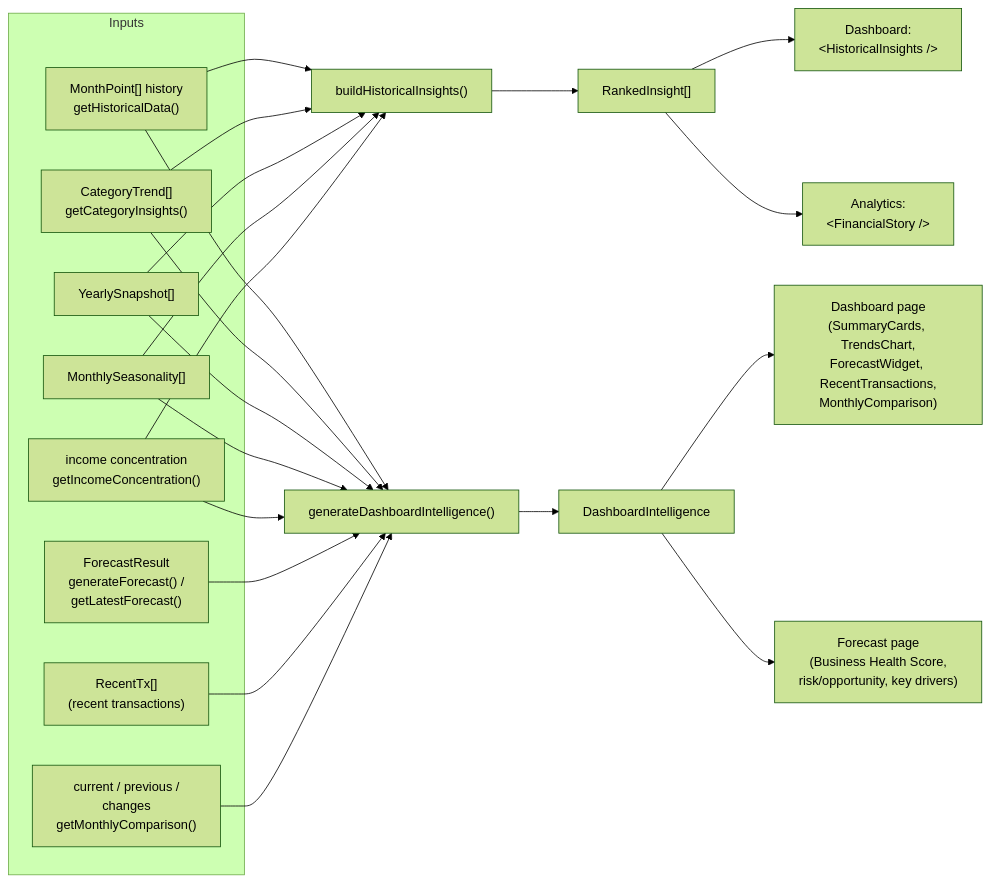
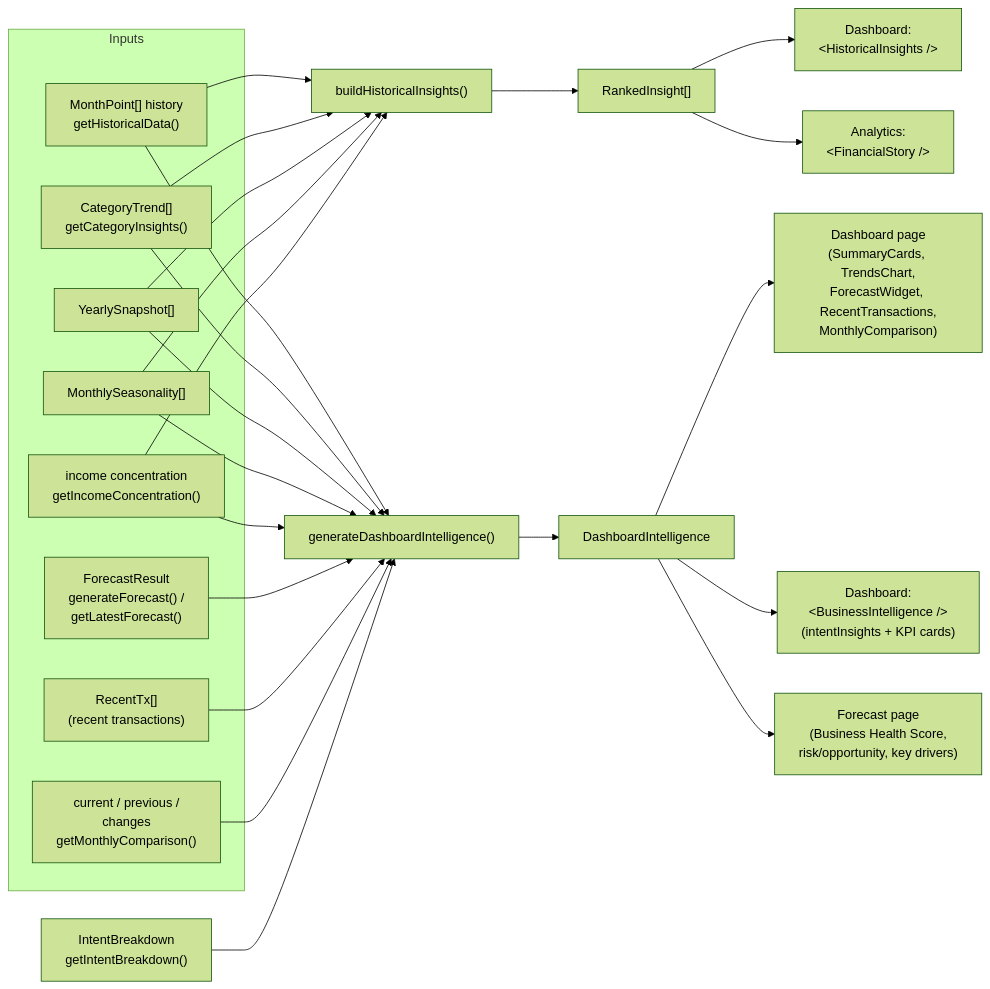
The first of 14 diagrams in docs/INTELLIGENCE_ENGINE.md (Robert-A2/freelancer-dashboard), drawn with Mermaid (forest theme) before and after one commit. The commit also changed other lines of this file and 2 other files, not shown here.

First line of the commit message:
docs: update intelligence engine, forecast engine, and intent changes docs

````diff
--- a/docs/INTELLIGENCE_ENGINE.md
+++ b/docs/INTELLIGENCE_ENGINE.md
@@ -62,24 +63,26 @@
 ```mermaid
 flowchart LR
     subgraph Inputs
         MA["MonthPoint[] history\ngetHistoricalData()"]
         CT["CategoryTrend[]\ngetCategoryInsights()"]
         YS["YearlySnapshot[]"]
         MS["MonthlySeasonality[]"]
         IC["income concentration\ngetIncomeConcentration()"]
         FC["ForecastResult\ngenerateForecast() /\ngetLatestForecast()"]
         RT["RecentTx[]\n(recent transactions)"]
         CMP["current / previous /\nchanges\ngetMonthlyComparison()"]
     end
 
     MA & CT & YS & MS & IC --> BHI["buildHistoricalInsights()"]
     BHI --> RI["RankedInsight[]"]
 
     MA & CT & YS & MS & IC & FC & RT & CMP --> GDI["generateDashboardIntelligence()"]
+    IB["IntentBreakdown\ngetIntentBreakdown()"] --> GDI
     GDI --> DI["DashboardIntelligence"]
 
     RI --> HI["Dashboard:\n&lt;HistoricalInsights /&gt;"]
     RI --> FS["Analytics:\n&lt;FinancialStory /&gt;"]
     DI --> Dash["Dashboard page\n(SummaryCards, TrendsChart,\nForecastWidget, RecentTransactions,\nMonthlyComparison)"]
+    DI --> BI["Dashboard:\n&lt;BusinessIntelligence /&gt;\n(intentInsights + KPI cards)"]
     DI --> Fcst["Forecast page\n(Business Health Score,\nrisk/opportunity, key drivers)"]
 ```
````
